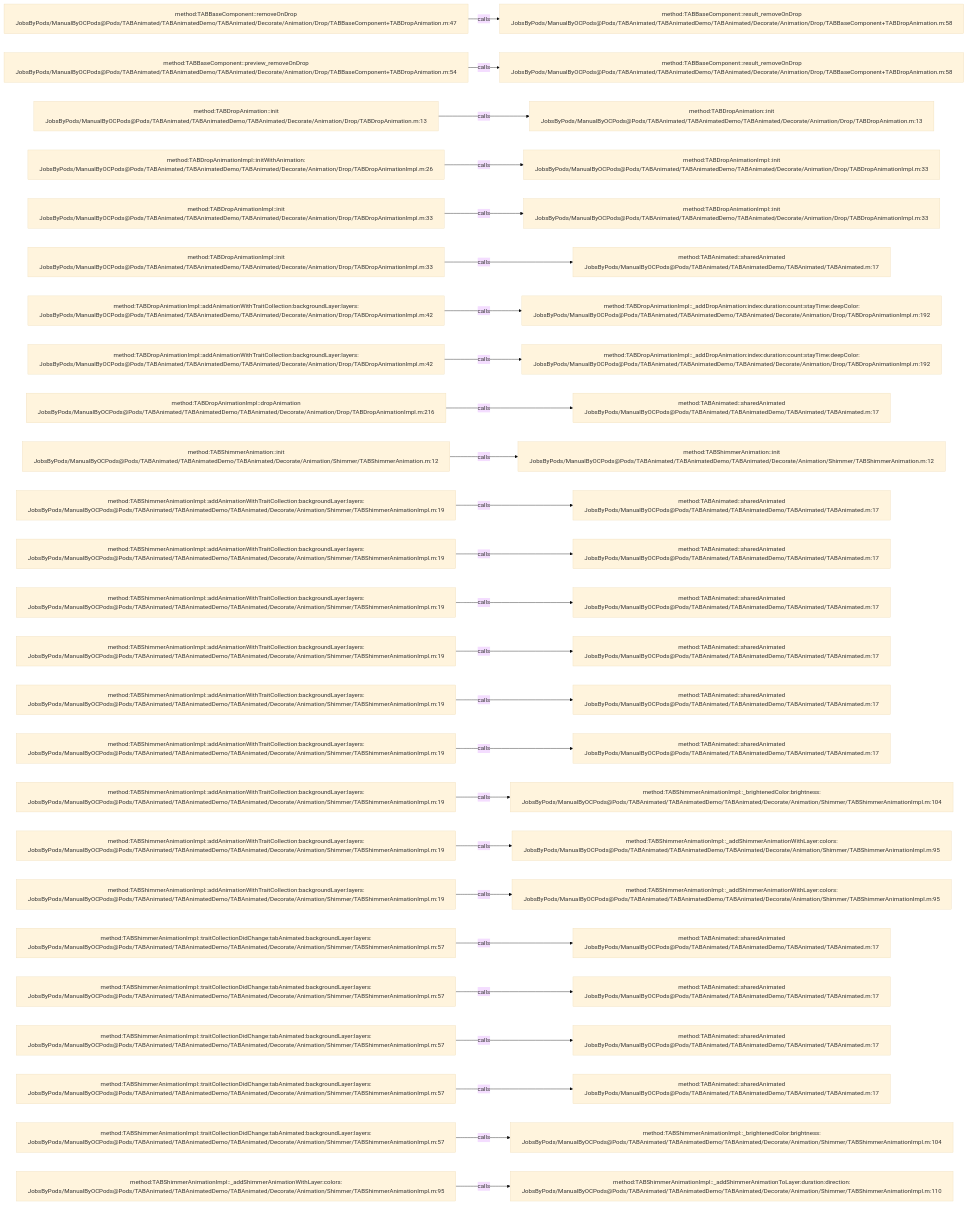
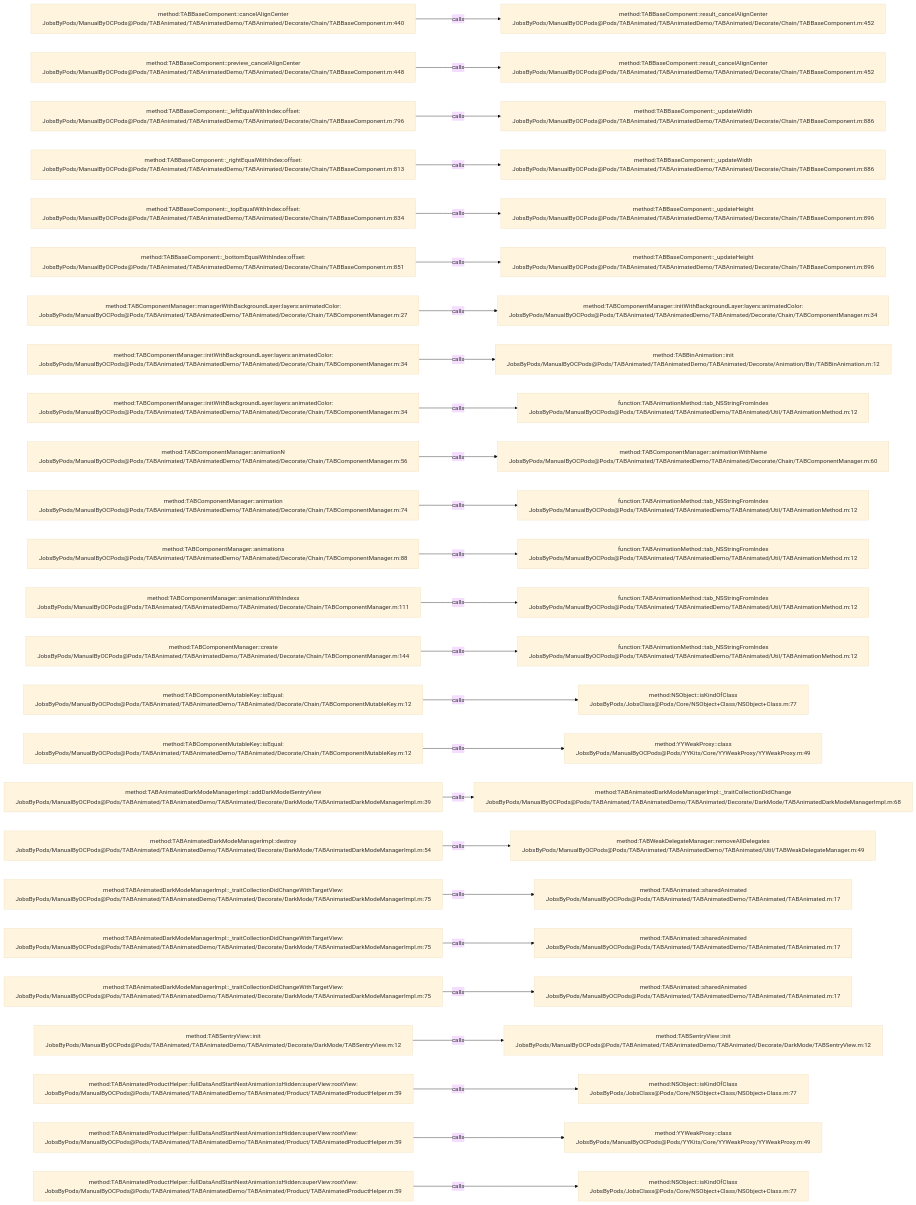
One commit to JobsKits/JobsOCBaseConfigDemo changed the diagram in .codegraph/codegraph.md/graphs/calls-030.md. Above: the diagram before and after it, drawn with Mermaid (base theme). The commit also changed 1353 other files, not shown here.

````diff
--- a/.codegraph/codegraph.md/graphs/calls-030.md
+++ b/.codegraph/codegraph.md/graphs/calls-030.md
@@ -13,78 +13,78 @@
 ```mermaid
 flowchart LR
-  S1["method:TABBaseComponent::removeOnDrop<br/>JobsByPods/ManualByOCPods@Pods/TABAnimated/TABAnimatedDemo/TABAnimated/Decorate/Animation/Drop/TABBaseComponent+TABDropAnimation.m:47"]
-  T1["method:TABBaseComponent::result_removeOnDrop<br/>JobsByPods/ManualByOCPods@Pods/TABAnimated/TABAnimatedDemo/TABAnimated/Decorate/Animation/Drop/TABBaseComponent+TABDropAnimation.m:58"]
+  S1["method:TABBaseComponent::cancelAlignCenter<br/>JobsByPods/ManualByOCPods@Pods/TABAnimated/TABAnimatedDemo/TABAnimated/Decorate/Chain/TABBaseComponent.m:440"]
+  T1["method:TABBaseComponent::result_cancelAlignCenter<br/>JobsByPods/ManualByOCPods@Pods/TABAnimated/TABAnimatedDemo/TABAnimated/Decorate/Chain/TABBaseComponent.m:452"]
   S1 -->|calls| T1
-  S2["method:TABBaseComponent::preview_removeOnDrop<br/>JobsByPods/ManualByOCPods@Pods/TABAnimated/TABAnimatedDemo/TABAnimated/Decorate/Animation/Drop/TABBaseComponent+TABDropAnimation.m:54"]
-  T2["method:TABBaseComponent::result_removeOnDrop<br/>JobsByPods/ManualByOCPods@Pods/TABAnimated/TABAnimatedDemo/TABAnimated/Decorate/Animation/Drop/TABBaseComponent+TABDropAnimation.m:58"]
+  S2["method:TABBaseComponent::preview_cancelAlignCenter<br/>JobsByPods/ManualByOCPods@Pods/TABAnimated/TABAnimatedDemo/TABAnimated/Decorate/Chain/TABBaseComponent.m:448"]
+  T2["method:TABBaseComponent::result_cancelAlignCenter<br/>JobsByPods/ManualByOCPods@Pods/TABAnimated/TABAnimatedDemo/TABAnimated/Decorate/Chain/TABBaseComponent.m:452"]
   S2 -->|calls| T2
-  S3["method:TABDropAnimation::init<br/>JobsByPods/ManualByOCPods@Pods/TABAnimated/TABAnimatedDemo/TABAnimated/Decorate/Animation/Drop/TABDropAnimation.m:13"]
-  T3["method:TABDropAnimation::init<br/>JobsByPods/ManualByOCPods@Pods/TABAnimated/TABAnimatedDemo/TABAnimated/Decorate/Animation/Drop/TABDropAnimation.m:13"]
+  S3["method:TABBaseComponent::_leftEqualWithIndex:offset:<br/>JobsByPods/ManualByOCPods@Pods/TABAnimated/TABAnimatedDemo/TABAnimated/Decorate/Chain/TABBaseComponent.m:796"]
+  T3["method:TABBaseComponent::_updateWidth<br/>JobsByPods/ManualByOCPods@Pods/TABAnimated/TABAnimatedDemo/TABAnimated/Decorate/Chain/TABBaseComponent.m:886"]
   S3 -->|calls| T3
-  S4["method:TABDropAnimationImpl::initWithAnimation:<br/>JobsByPods/ManualByOCPods@Pods/TABAnimated/TABAnimatedDemo/TABAnimated/Decorate/Animation/Drop/TABDropAnimationImpl.m:26"]
-  T4["method:TABDropAnimationImpl::init<br/>JobsByPods/ManualByOCPods@Pods/TABAnimated/TABAnimatedDemo/TABAnimated/Decorate/Animation/Drop/TABDropAnimationImpl.m:33"]
+  S4["method:TABBaseComponent::_rightEqualWithIndex:offset:<br/>JobsByPods/ManualByOCPods@Pods/TABAnimated/TABAnimatedDemo/TABAnimated/Decorate/Chain/TABBaseComponent.m:813"]
+  T4["method:TABBaseComponent::_updateWidth<br/>JobsByPods/ManualByOCPods@Pods/TABAnimated/TABAnimatedDemo/TABAnimated/Decorate/Chain/TABBaseComponent.m:886"]
   S4 -->|calls| T4
-  S5["method:TABDropAnimationImpl::init<br/>JobsByPods/ManualByOCPods@Pods/TABAnimated/TABAnimatedDemo/TABAnimated/Decorate/Animation/Drop/TABDropAnimationImpl.m:33"]
-  T5["method:TABDropAnimationImpl::init<br/>JobsByPods/ManualByOCPods@Pods/TABAnimated/TABAnimatedDemo/TABAnimated/Decorate/Animation/Drop/TABDropAnimationImpl.m:33"]
+  S5["method:TABBaseComponent::_topEqualWithIndex:offset:<br/>JobsByPods/ManualByOCPods@Pods/TABAnimated/TABAnimatedDemo/TABAnimated/Decorate/Chain/TABBaseComponent.m:834"]
+  T5["method:TABBaseComponent::_updateHeight<br/>JobsByPods/ManualByOCPods@Pods/TABAnimated/TABAnimatedDemo/TABAnimated/Decorate/Chain/TABBaseComponent.m:896"]
   S5 -->|calls| T5
-  S6["method:TABDropAnimationImpl::init<br/>JobsByPods/ManualByOCPods@Pods/TABAnimated/TABAnimatedDemo/TABAnimated/Decorate/Animation/Drop/TABDropAnimationImpl.m:33"]
-  T6["method:TABAnimated::sharedAnimated<br/>JobsByPods/ManualByOCPods@Pods/TABAnimated/TABAnimatedDemo/TABAnimated/TABAnimated.m:17"]
+  S6["method:TABBaseComponent::_bottomEqualWithIndex:offset:<br/>JobsByPods/ManualByOCPods@Pods/TABAnimated/TABAnimatedDemo/TABAnimated/Decorate/Chain/TABBaseComponent.m:851"]
+  T6["method:TABBaseComponent::_updateHeight<br/>JobsByPods/ManualByOCPods@Pods/TABAnimated/TABAnimatedDemo/TABAnimated/Decorate/Chain/TABBaseComponent.m:896"]
   S6 -->|calls| T6
-  S7["method:TABDropAnimationImpl::addAnimationWithTraitCollection:backgroundLayer:layers:<br/>JobsByPods/ManualByOCPods@Pods/TABAnimated/TABAnimatedDemo/TABAnimated/Decorate/Animation/Drop/TABDropAnimationImpl.m:42"]
-  T7["method:TABDropAnimationImpl::_addDropAnimation:index:duration:count:stayTime:deepColor:<br/>JobsByPods/ManualByOCPods@Pods/TABAnimated/TABAnimatedDemo/TABAnimated/Decorate/Animation/Drop/TABDropAnimationImpl.m:192"]
+  S7["method:TABComponentManager::managerWithBackgroundLayer:layers:animatedColor:<br/>JobsByPods/ManualByOCPods@Pods/TABAnimated/TABAnimatedDemo/TABAnimated/Decorate/Chain/TABComponentManager.m:27"]
+  T7["method:TABComponentManager::initWithBackgroundLayer:layers:animatedColor:<br/>JobsByPods/ManualByOCPods@Pods/TABAnimated/TABAnimatedDemo/TABAnimated/Decorate/Chain/TABComponentManager.m:34"]
   S7 -->|calls| T7
-  S8["method:TABDropAnimationImpl::addAnimationWithTraitCollection:backgroundLayer:layers:<br/>JobsByPods/ManualByOCPods@Pods/TABAnimated/TABAnimatedDemo/TABAnimated/Decorate/Animation/Drop/TABDropAnimationImpl.m:42"]
-  T8["method:TABDropAnimationImpl::_addDropAnimation:index:duration:count:stayTime:deepColor:<br/>JobsByPods/ManualByOCPods@Pods/TABAnimated/TABAnimatedDemo/TABAnimated/Decorate/Animation/Drop/TABDropAnimationImpl.m:192"]
+  S8["method:TABComponentManager::initWithBackgroundLayer:layers:animatedColor:<br/>JobsByPods/ManualByOCPods@Pods/TABAnimated/TABAnimatedDemo/TABAnimated/Decorate/Chain/TABComponentManager.m:34"]
+  T8["method:TABBinAnimation::init<br/>JobsByPods/ManualByOCPods@Pods/TABAnimated/TABAnimatedDemo/TABAnimated/Decorate/Animation/Bin/TABBinAnimation.m:12"]
   S8 -->|calls| T8
-  S9["method:TABDropAnimationImpl::dropAnimation<br/>JobsByPods/ManualByOCPods@Pods/TABAnimated/TABAnimatedDemo/TABAnimated/Decorate/Animation/Drop/TABDropAnimationImpl.m:216"]
-  T9["method:TABAnimated::sharedAnimated<br/>JobsByPods/ManualByOCPods@Pods/TABAnimated/TABAnimatedDemo/TABAnimated/TABAnimated.m:17"]
+  S9["method:TABComponentManager::initWithBackgroundLayer:layers:animatedColor:<br/>JobsByPods/ManualByOCPods@Pods/TABAnimated/TABAnimatedDemo/TABAnimated/Decorate/Chain/TABComponentManager.m:34"]
+  T9["function:TABAnimationMethod::tab_NSStringFromIndex<br/>JobsByPods/ManualByOCPods@Pods/TABAnimated/TABAnimatedDemo/TABAnimated/Util/TABAnimationMethod.m:12"]
   S9 -->|calls| T9
-  S10["method:TABShimmerAnimation::init<br/>JobsByPods/ManualByOCPods@Pods/TABAnimated/TABAnimatedDemo/TABAnimated/Decorate/Animation/Shimmer/TABShimmerAnimation.m:12"]
-  T10["method:TABShimmerAnimation::init<br/>JobsByPods/ManualByOCPods@Pods/TABAnimated/TABAnimatedDemo/TABAnimated/Decorate/Animation/Shimmer/TABShimmerAnimation.m:12"]
+  S10["method:TABComponentManager::animationN<br/>JobsByPods/ManualByOCPods@Pods/TABAnimated/TABAnimatedDemo/TABAnimated/Decorate/Chain/TABComponentManager.m:56"]
+  T10["method:TABComponentManager::animationWithName<br/>JobsByPods/ManualByOCPods@Pods/TABAnimated/TABAnimatedDemo/TABAnimated/Decorate/Chain/TABComponentManager.m:60"]
   S10 -->|calls| T10
-  S11["method:TABShimmerAnimationImpl::addAnimationWithTraitCollection:backgroundLayer:layers:<br/>JobsByPods/ManualByOCPods@Pods/TABAnimated/TABAnimatedDemo/TABAnimated/Decorate/Animation/Shimmer/TABShimmerAnimationImpl.m:19"]
-  T11["method:TABAnimated::sharedAnimated<br/>JobsByPods/ManualByOCPods@Pods/TABAnimated/TABAnimatedDemo/TABAnimated/TABAnimated.m:17"]
+  S11["method:TABComponentManager::animation<br/>JobsByPods/ManualByOCPods@Pods/TABAnimated/TABAnimatedDemo/TABAnimated/Decorate/Chain/TABComponentManager.m:74"]
+  T11["function:TABAnimationMethod::tab_NSStringFromIndex<br/>JobsByPods/ManualByOCPods@Pods/TABAnimated/TABAnimatedDemo/TABAnimated/Util/TABAnimationMethod.m:12"]
   S11 -->|calls| T11
-  S12["method:TABShimmerAnimationImpl::addAnimationWithTraitCollection:backgroundLayer:layers:<br/>JobsByPods/ManualByOCPods@Pods/TABAnimated/TABAnimatedDemo/TABAnimated/Decorate/Animation/Shimmer/TABShimmerAnimationImpl.m:19"]
-  T12["method:TABAnimated::sharedAnimated<br/>JobsByPods/ManualByOCPods@Pods/TABAnimated/TABAnimatedDemo/TABAnimated/TABAnimated.m:17"]
+  S12["method:TABComponentManager::animations<br/>JobsByPods/ManualByOCPods@Pods/TABAnimated/TABAnimatedDemo/TABAnimated/Decorate/Chain/TABComponentManager.m:88"]
+  T12["function:TABAnimationMethod::tab_NSStringFromIndex<br/>JobsByPods/ManualByOCPods@Pods/TABAnimated/TABAnimatedDemo/TABAnimated/Util/TABAnimationMethod.m:12"]
   S12 -->|calls| T12
-  S13["method:TABShimmerAnimationImpl::addAnimationWithTraitCollection:backgroundLayer:layers:<br/>JobsByPods/ManualByOCPods@Pods/TABAnimated/TABAnimatedDemo/TABAnimated/Decorate/Animation/Shimmer/TABShimmerAnimationImpl.m:19"]
-  T13["method:TABAnimated::sharedAnimated<br/>JobsByPods/ManualByOCPods@Pods/TABAnimated/TABAnimatedDemo/TABAnimated/TABAnimated.m:17"]
+  S13["method:TABComponentManager::animationsWithIndexs<br/>JobsByPods/ManualByOCPods@Pods/TABAnimated/TABAnimatedDemo/TABAnimated/Decorate/Chain/TABComponentManager.m:111"]
+  T13["function:TABAnimationMethod::tab_NSStringFromIndex<br/>JobsByPods/ManualByOCPods@Pods/TABAnimated/TABAnimatedDemo/TABAnimated/Util/TABAnimationMethod.m:12"]
   S13 -->|calls| T13
-  S14["method:TABShimmerAnimationImpl::addAnimationWithTraitCollection:backgroundLayer:layers:<br/>JobsByPods/ManualByOCPods@Pods/TABAnimated/TABAnimatedDemo/TABAnimated/Decorate/Animation/Shimmer/TABShimmerAnimationImpl.m:19"]
-  T14["method:TABAnimated::sharedAnimated<br/>JobsByPods/ManualByOCPods@Pods/TABAnimated/TABAnimatedDemo/TABAnimated/TABAnimated.m:17"]
+  S14["method:TABComponentManager::create<br/>JobsByPods/ManualByOCPods@Pods/TABAnimated/TABAnimatedDemo/TABAnimated/Decorate/Chain/TABComponentManager.m:144"]
+  T14["function:TABAnimationMethod::tab_NSStringFromIndex<br/>JobsByPods/ManualByOCPods@Pods/TABAnimated/TABAnimatedDemo/TABAnimated/Util/TABAnimationMethod.m:12"]
   S14 -->|calls| T14
-  S15["method:TABShimmerAnimationImpl::addAnimationWithTraitCollection:backgroundLayer:layers:<br/>JobsByPods/ManualByOCPods@Pods/TABAnimated/TABAnimatedDemo/TABAnimated/Decorate/Animation/Shimmer/TABShimmerAnimationImpl.m:19"]
-  T15["method:TABAnimated::sharedAnimated<br/>JobsByPods/ManualByOCPods@Pods/TABAnimated/TABAnimatedDemo/TABAnimated/TABAnimated.m:17"]
+  S15["method:TABComponentMutableKey::isEqual:<br/>JobsByPods/ManualByOCPods@Pods/TABAnimated/TABAnimatedDemo/TABAnimated/Decorate/Chain/TABComponentMutableKey.m:12"]
+  T15["method:NSObject::isKindOfClass<br/>JobsByPods/JobsClass@Pods/Core/NSObject+Class/NSObject+Class.m:77"]
   S15 -->|calls| T15
-  S16["method:TABShimmerAnimationImpl::addAnimationWithTraitCollection:backgroundLayer:layers:<br/>JobsByPods/ManualByOCPods@Pods/TABAnimated/TABAnimatedDemo/TABAnimated/Decorate/Animation/Shimmer/TABShimmerAnimationImpl.m:19"]
-  T16["method:TABAnimated::sharedAnimated<br/>JobsByPods/ManualByOCPods@Pods/TABAnimated/TABAnimatedDemo/TABAnimated/TABAnimated.m:17"]
+  S16["method:TABComponentMutableKey::isEqual:<br/>JobsByPods/ManualByOCPods@Pods/TABAnimated/TABAnimatedDemo/TABAnimated/Decorate/Chain/TABComponentMutableKey.m:12"]
+  T16["method:YYWeakProxy::class<br/>JobsByPods/ManualByOCPods@Pods/YYKits/Core/YYWeakProxy/YYWeakProxy.m:49"]
   S16 -->|calls| T16
-  S17["method:TABShimmerAnimationImpl::addAnimationWithTraitCollection:backgroundLayer:layers:<br/>JobsByPods/ManualByOCPods@Pods/TABAnimated/TABAnimatedDemo/TABAnimated/Decorate/Animation/Shimmer/TABShimmerAnimationImpl.m:19"]
-  T17["method:TABShimmerAnimationImpl::_brightenedColor:brightness:<br/>JobsByPods/ManualByOCPods@Pods/TABAnimated/TABAnimatedDemo/TABAnimated/Decorate/Animation/Shimmer/TABShimmerAnimationImpl.m:104"]
+  S17["method:TABAnimatedDarkModeManagerImpl::addDarkModelSentryView<br/>JobsByPods/ManualByOCPods@Pods/TABAnimated/TABAnimatedDemo/TABAnimated/Decorate/DarkMode/TABAnimatedDarkModeManagerImpl.m:39"]
+  T17["method:TABAnimatedDarkModeManagerImpl::_traitCollectionDidChange<br/>JobsByPods/ManualByOCPods@Pods/TABAnimated/TABAnimatedDemo/TABAnimated/Decorate/DarkMode/TABAnimatedDarkModeManagerImpl.m:68"]
   S17 -->|calls| T17
-  S18["method:TABShimmerAnimationImpl::addAnimationWithTraitCollection:backgroundLayer:layers:<br/>JobsByPods/ManualByOCPods@Pods/TABAnimated/TABAnimatedDemo/TABAnimated/Decorate/Animation/Shimmer/TABShimmerAnimationImpl.m:19"]
-  T18["method:TABShimmerAnimationImpl::_addShimmerAnimationWithLayer:colors:<br/>JobsByPods/ManualByOCPods@Pods/TABAnimated/TABAnimatedDemo/TABAnimated/Decorate/Animation/Shimmer/TABShimmerAnimationImpl.m:95"]
+  S18["method:TABAnimatedDarkModeManagerImpl::destroy<br/>JobsByPods/ManualByOCPods@Pods/TABAnimated/TABAnimatedDemo/TABAnimated/Decorate/DarkMode/TABAnimatedDarkModeManagerImpl.m:54"]
+  T18["method:TABWeakDelegateManager::removeAllDelegates<br/>JobsByPods/ManualByOCPods@Pods/TABAnimated/TABAnimatedDemo/TABAnimated/Util/TABWeakDelegateManager.m:49"]
   S18 -->|calls| T18
-  S19["method:TABShimmerAnimationImpl::addAnimationWithTraitCollection:backgroundLayer:layers:<br/>JobsByPods/ManualByOCPods@Pods/TABAnimated/TABAnimatedDemo/TABAnimated/Decorate/Animation/Shimmer/TABShimmerAnimationImpl.m:19"]
-  T19["method:TABShimmerAnimationImpl::_addShimmerAnimationWithLayer:colors:<br/>JobsByPods/ManualByOCPods@Pods/TABAnimated/TABAnimatedDemo/TABAnimated/Decorate/Animation/Shimmer/TABShimmerAnimationImpl.m:95"]
+  S19["method:TABAnimatedDarkModeManagerImpl::_traitCollectionDidChangeWithTargetView:<br/>JobsByPods/ManualByOCPods@Pods/TABAnimated/TABAnimatedDemo/TABAnimated/Decorate/DarkMode/TABAnimatedDarkModeManagerImpl.m:75"]
+  T19["method:TABAnimated::sharedAnimated<br/>JobsByPods/ManualByOCPods@Pods/TABAnimated/TABAnimatedDemo/TABAnimated/TABAnimated.m:17"]
   S19 -->|calls| T19
-  S20["method:TABShimmerAnimationImpl::traitCollectionDidChange:tabAnimated:backgroundLayer:layers:<br/>JobsByPods/ManualByOCPods@Pods/TABAnimated/TABAnimatedDemo/TABAnimated/Decorate/Animation/Shimmer/TABShimmerAnimationImpl.m:57"]
+  S20["method:TABAnimatedDarkModeManagerImpl::_traitCollectionDidChangeWithTargetView:<br/>JobsByPods/ManualByOCPods@Pods/TABAnimated/TABAnimatedDemo/TABAnimated/Decorate/DarkMode/TABAnimatedDarkModeManagerImpl.m:75"]
   T20["method:TABAnimated::sharedAnimated<br/>JobsByPods/ManualByOCPods@Pods/TABAnimated/TABAnimatedDemo/TABAnimated/TABAnimated.m:17"]
   S20 -->|calls| T20
-  S21["method:TABShimmerAnimationImpl::traitCollectionDidChange:tabAnimated:backgroundLayer:layers:<br/>JobsByPods/ManualByOCPods@Pods/TABAnimated/TABAnimatedDemo/TABAnimated/Decorate/Animation/Shimmer/TABShimmerAnimationImpl.m:57"]
+  S21["method:TABAnimatedDarkModeManagerImpl::_traitCollectionDidChangeWithTargetView:<br/>JobsByPods/ManualByOCPods@Pods/TABAnimated/TABAnimatedDemo/TABAnimated/Decorate/DarkMode/TABAnimatedDarkModeManagerImpl.m:75"]
   T21["method:TABAnimated::sharedAnimated<br/>JobsByPods/ManualByOCPods@Pods/TABAnimated/TABAnimatedDemo/TABAnimated/TABAnimated.m:17"]
   S21 -->|calls| T21
-  S22["method:TABShimmerAnimationImpl::traitCollectionDidChange:tabAnimated:backgroundLayer:layers:<br/>JobsByPods/ManualByOCPods@Pods/TABAnimated/TABAnimatedDemo/TABAnimated/Decorate/Animation/Shimmer/TABShimmerAnimationImpl.m:57"]
-  T22["method:TABAnimated::sharedAnimated<br/>JobsByPods/ManualByOCPods@Pods/TABAnimated/TABAnimatedDemo/TABAnimated/TABAnimated.m:17"]
+  S22["method:TABSentryView::init<br/>JobsByPods/ManualByOCPods@Pods/TABAnimated/TABAnimatedDemo/TABAnimated/Decorate/DarkMode/TABSentryView.m:12"]
+  T22["method:TABSentryView::init<br/>JobsByPods/ManualByOCPods@Pods/TABAnimated/TABAnimatedDemo/TABAnimated/Decorate/DarkMode/TABSentryView.m:12"]
   S22 -->|calls| T22
-  S23["method:TABShimmerAnimationImpl::traitCollectionDidChange:tabAnimated:backgroundLayer:layers:<br/>JobsByPods/ManualByOCPods@Pods/TABAnimated/TABAnimatedDemo/TABAnimated/Decorate/Animation/Shimmer/TABShimmerAnimationImpl.m:57"]
-  T23["method:TABAnimated::sharedAnimated<br/>JobsByPods/ManualByOCPods@Pods/TABAnimated/TABAnimatedDemo/TABAnimated/TABAnimated.m:17"]
+  S23["method:TABAnimatedProductHelper::fullDataAndStartNestAnimation:isHidden:superView:rootView:<br/>JobsByPods/ManualByOCPods@Pods/TABAnimated/TABAnimatedDemo/TABAnimated/Product/TABAnimatedProductHelper.m:59"]
+  T23["method:NSObject::isKindOfClass<br/>JobsByPods/JobsClass@Pods/Core/NSObject+Class/NSObject+Class.m:77"]
   S23 -->|calls| T23
-  S24["method:TABShimmerAnimationImpl::traitCollectionDidChange:tabAnimated:backgroundLayer:layers:<br/>JobsByPods/ManualByOCPods@Pods/TABAnimated/TABAnimatedDemo/TABAnimated/Decorate/Animation/Shimmer/TABShimmerAnimationImpl.m:57"]
-  T24["method:TABShimmerAnimationImpl::_brightenedColor:brightness:<br/>JobsByPods/ManualByOCPods@Pods/TABAnimated/TABAnimatedDemo/TABAnimated/Decorate/Animation/Shimmer/TABShimmerAnimationImpl.m:104"]
+  S24["method:TABAnimatedProductHelper::fullDataAndStartNestAnimation:isHidden:superView:rootView:<br/>JobsByPods/ManualByOCPods@Pods/TABAnimated/TABAnimatedDemo/TABAnimated/Product/TABAnimatedProductHelper.m:59"]
+  T24["method:YYWeakProxy::class<br/>JobsByPods/ManualByOCPods@Pods/YYKits/Core/YYWeakProxy/YYWeakProxy.m:49"]
   S24 -->|calls| T24
-  S25["method:TABShimmerAnimationImpl::_addShimmerAnimationWithLayer:colors:<br/>JobsByPods/ManualByOCPods@Pods/TABAnimated/TABAnimatedDemo/TABAnimated/Decorate/Animation/Shimmer/TABShimmerAnimationImpl.m:95"]
-  T25["method:TABShimmerAnimationImpl::_addShimmerAnimationToLayer:duration:direction:<br/>JobsByPods/ManualByOCPods@Pods/TABAnimated/TABAnimatedDemo/TABAnimated/Decorate/Animation/Shimmer/TABShimmerAnimationImpl.m:110"]
+  S25["method:TABAnimatedProductHelper::fullDataAndStartNestAnimation:isHidden:superView:rootView:<br/>JobsByPods/ManualByOCPods@Pods/TABAnimated/TABAnimatedDemo/TABAnimated/Product/TABAnimatedProductHelper.m:59"]
+  T25["method:NSObject::isKindOfClass<br/>JobsByPods/JobsClass@Pods/Core/NSObject+Class/NSObject+Class.m:77"]
   S25 -->|calls| T25
 ```
````
